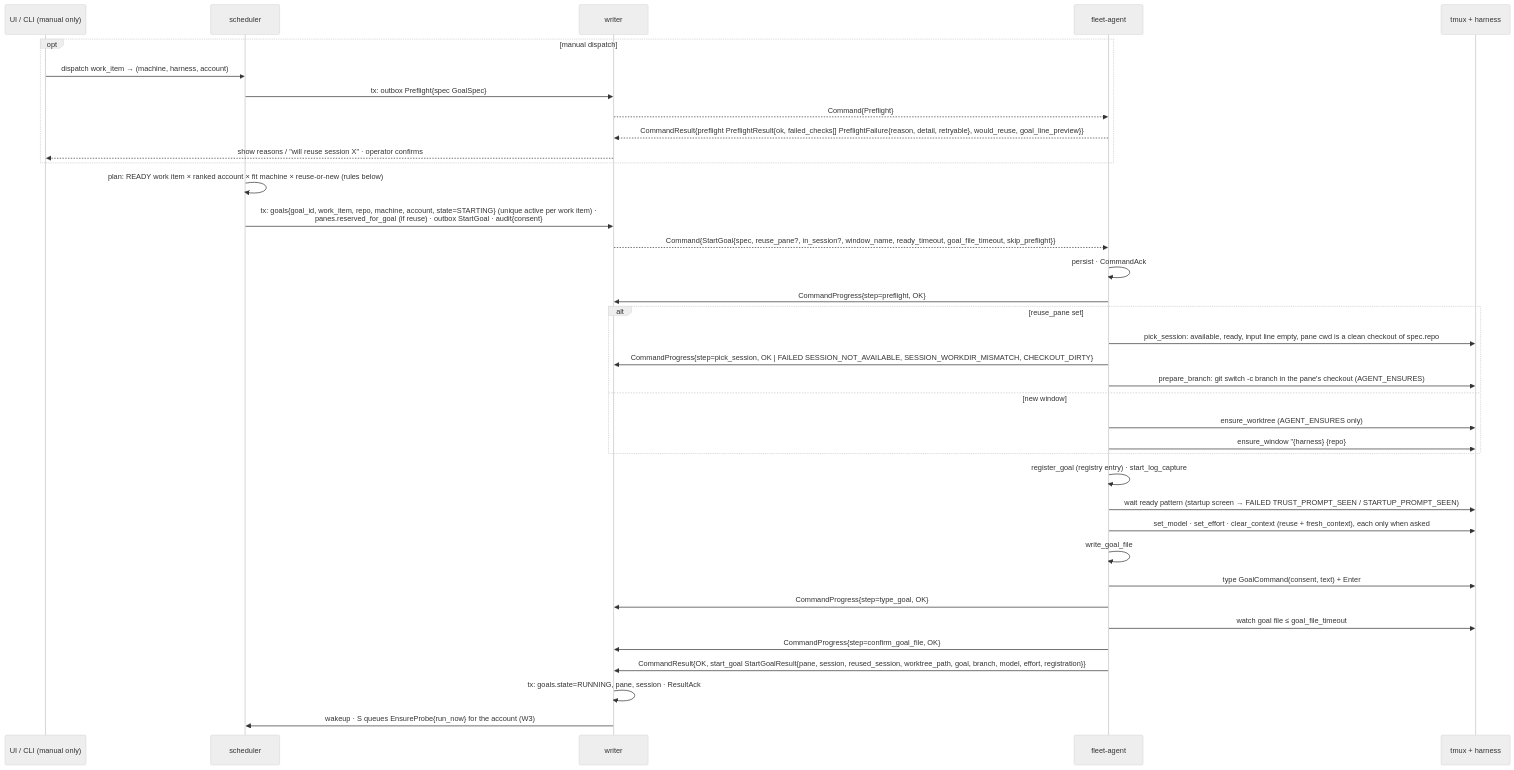
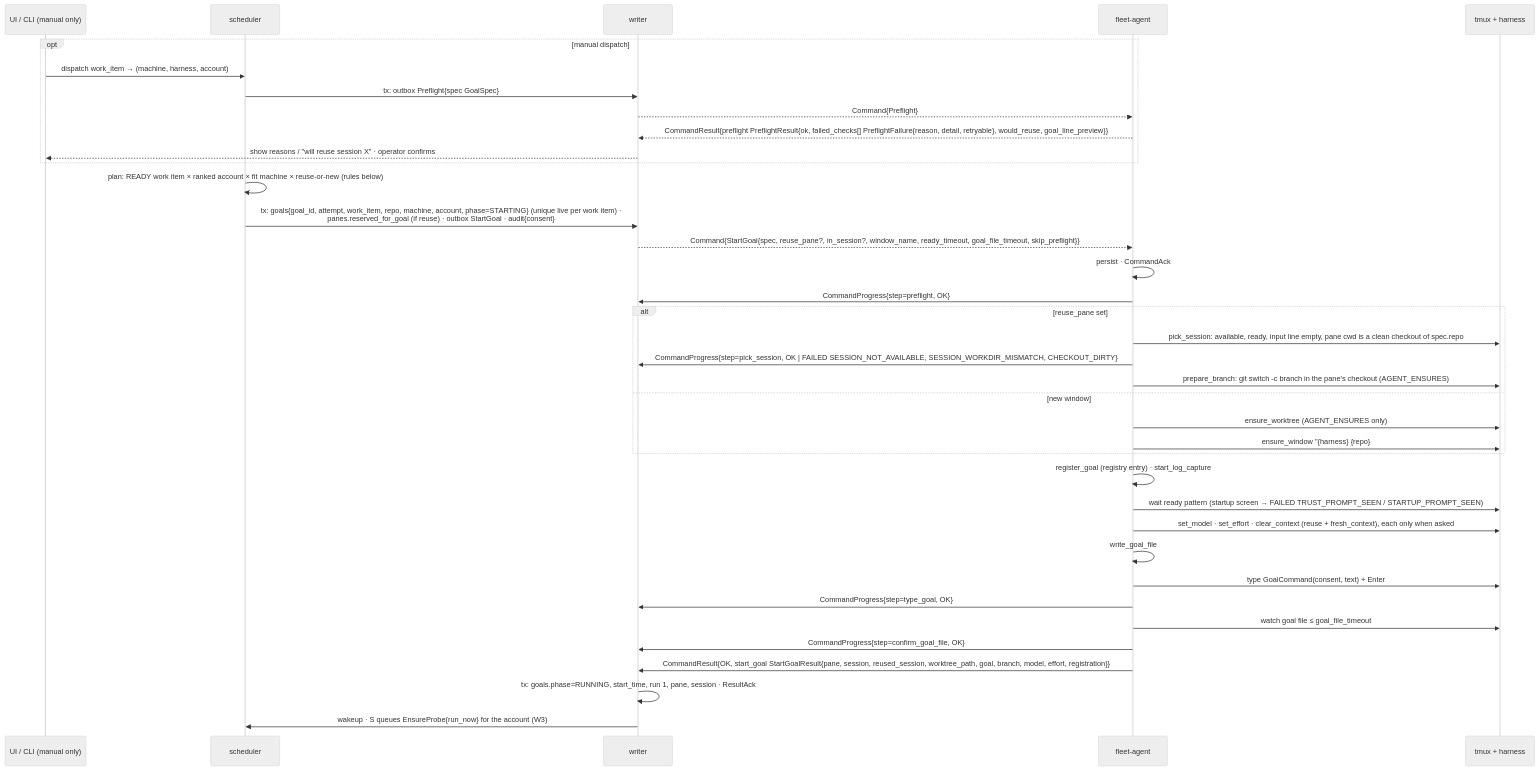
The first of 4 diagrams in docs/specs/03c-goals.md (linuxdynasty/fleet-board), drawn with Mermaid (neutral theme) before and after one commit. The commit also changed other lines of this file and 43 other files, not shown here.

````diff
--- a/docs/specs/03c-goals.md
+++ b/docs/specs/03c-goals.md
@@ -17,39 +20,39 @@
 ```mermaid
 sequenceDiagram
   participant U as UI / CLI (manual only)
   participant S as scheduler
   participant W as writer
   participant A as fleet-agent
   participant T as tmux + harness
   opt manual dispatch
     U->>S: dispatch work_item → (machine, harness, account)
     S->>W: tx: outbox Preflight{spec GoalSpec}
     W-->>A: Command{Preflight}
     A-->>W: CommandResult{preflight PreflightResult{ok, failed_checks[] PreflightFailure{reason, detail, retryable}, would_reuse, goal_line_preview}}
     W-->>U: show reasons / "will reuse session X" · operator confirms
   end
   S->>S: plan: READY work item × ranked account × fit machine × reuse-or-new (rules below)
-  S->>W: tx: goals{goal_id, work_item, repo, machine, account, state=STARTING} (unique active per work item) ·<br/>panes.reserved_for_goal (if reuse) · outbox StartGoal · audit{consent}
+  S->>W: tx: goals{goal_id, attempt, work_item, repo, machine, account, phase=STARTING} (unique live per work item) ·<br/>panes.reserved_for_goal (if reuse) · outbox StartGoal · audit{consent}
   W-->>A: Command{StartGoal{spec, reuse_pane?, in_session?, window_name, ready_timeout, goal_file_timeout, skip_preflight}}
   A->>A: persist · CommandAck
   A->>W: CommandProgress{step=preflight, OK}
   alt reuse_pane set
     A->>T: pick_session: available, ready, input line empty, pane cwd is a clean checkout of spec.repo
     A->>W: CommandProgress{step=pick_session, OK | FAILED SESSION_NOT_AVAILABLE, SESSION_WORKDIR_MISMATCH, CHECKOUT_DIRTY}
     A->>T: prepare_branch: git switch -c branch in the pane's checkout (AGENT_ENSURES)
   else new window
     A->>T: ensure_worktree (AGENT_ENSURES only)
     A->>T: ensure_window "{harness} {repo}#{key}" with FLEET_* env · launch harness
   end
   A->>A: register_goal (registry entry) · start_log_capture
   A->>T: wait ready pattern (startup screen → FAILED TRUST_PROMPT_SEEN / STARTUP_PROMPT_SEEN)
   A->>T: set_model · set_effort · clear_context (reuse + fresh_context), each only when asked
   A->>A: write_goal_file
   A->>T: type GoalCommand(consent, text) + Enter
   A->>W: CommandProgress{step=type_goal, OK}
   A->>T: watch goal file ≤ goal_file_timeout
   A->>W: CommandProgress{step=confirm_goal_file, OK}
   A->>W: CommandResult{OK, start_goal StartGoalResult{pane, session, reused_session, worktree_path, goal, branch, model, effort, registration}}
-  W->>W: tx: goals.state=RUNNING, pane, session · ResultAck
+  W->>W: tx: goals.phase=RUNNING, start_time, run 1, pane, session · ResultAck
   W->>S: wakeup · S queues EnsureProbe{run_now} for the account (W3)
 ```
````
